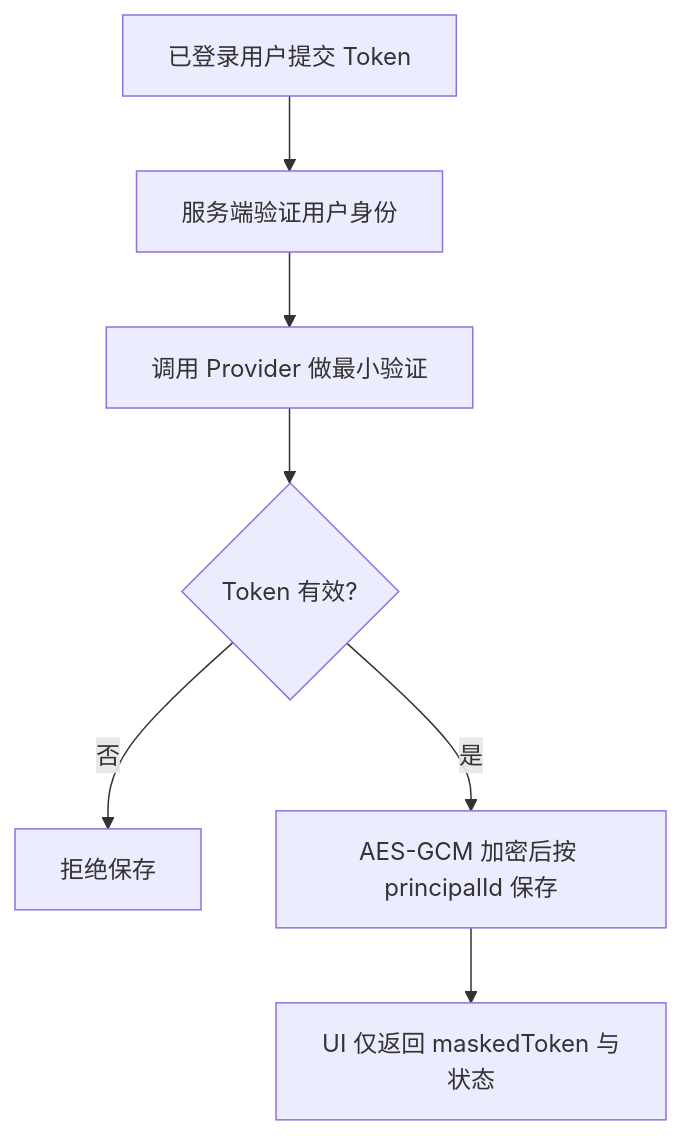
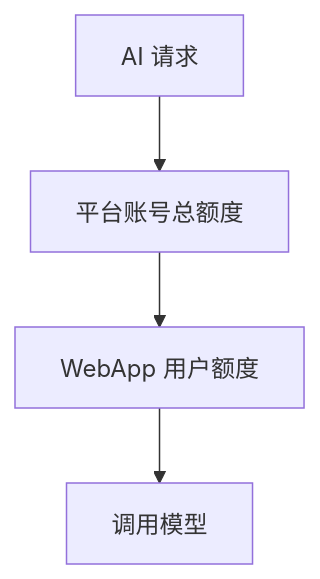
Before and after one commit to zhangys10/mijia-web-console: the fourth of 14 diagrams in docs/ai-home-poc-design.md, drawn with Mermaid. The commit also changed other lines of this file, not shown here.

````diff
--- a/docs/ai-home-poc-design.md
+++ b/docs/ai-home-poc-design.md
@@ -477,9 +145,6 @@
 ```mermaid
 flowchart TD
-    A["已登录用户提交 Token"] --> B["服务端验证用户身份"]
-    B --> C["调用 Provider 做最小验证"]
-    C --> D{"Token 有效?"}
-    D -- 否 --> E["拒绝保存"]
-    D -- 是 --> F["AES-GCM 加密后按 principalId 保存"]
-    F --> G["UI 仅返回 maskedToken 与状态"]
+    R["AI 请求"] --> P["平台账号总额度"]
+    P --> U["WebApp 用户额度"]
+    U --> M["调用模型"]
 ```
````
